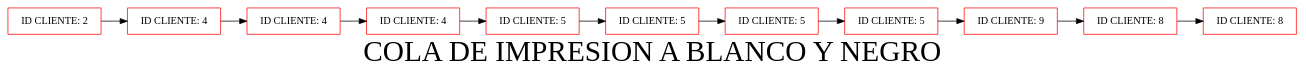
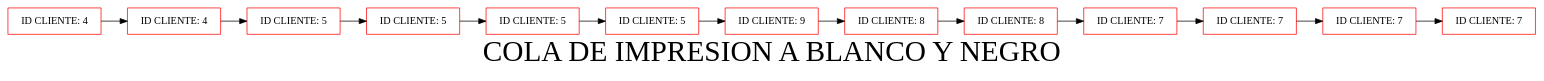
One commit to hugosmhd/EDD_UDRAWING_202002793 changed the diagram in colabw.dot. Above: the diagram before and after it, drawn with Graphviz. The commit also changed 17 other files, not shown here.

```diff
--- a/colabw.dot
+++ b/colabw.dot
@@ -1,27 +1,31 @@
 digraph G { 
 node[shape=box, color=red];
 label="COLA DE IMPRESION A BLANCO Y NEGRO";
 fontsize = 40;
-nodo1149319664[label=" ID CLIENTE: 2"]
-nodo2093631819[label=" ID CLIENTE: 4"]
-nodo2074407503[label=" ID CLIENTE: 4"]
-nodo999966131[label=" ID CLIENTE: 4"]
-nodo1989780873[label=" ID CLIENTE: 5"]
-nodo1480010240[label=" ID CLIENTE: 5"]
-nodo81628611[label=" ID CLIENTE: 5"]
-nodo1828972342[label=" ID CLIENTE: 5"]
-nodo1452126962[label=" ID CLIENTE: 9"]
-nodo931919113[label=" ID CLIENTE: 8"]
-nodo1607521710[label=" ID CLIENTE: 8"]
-nodo1149319664 -> nodo2093631819;
-nodo2093631819 -> nodo2074407503;
-nodo2074407503 -> nodo999966131;
-nodo999966131 -> nodo1989780873;
-nodo1989780873 -> nodo1480010240;
-nodo1480010240 -> nodo81628611;
-nodo81628611 -> nodo1828972342;
-nodo1828972342 -> nodo1452126962;
-nodo1452126962 -> nodo931919113;
-nodo931919113 -> nodo1607521710;
+nodo664223387[label=" ID CLIENTE: 4"]
+nodo824909230[label=" ID CLIENTE: 4"]
+nodo122883338[label=" ID CLIENTE: 5"]
+nodo666641942[label=" ID CLIENTE: 5"]
+nodo960604060[label=" ID CLIENTE: 5"]
+nodo1349393271[label=" ID CLIENTE: 5"]
+nodo1338668845[label=" ID CLIENTE: 9"]
+nodo159413332[label=" ID CLIENTE: 8"]
+nodo1028214719[label=" ID CLIENTE: 8"]
+nodo500977346[label=" ID CLIENTE: 7"]
+nodo20132171[label=" ID CLIENTE: 7"]
+nodo186370029[label=" ID CLIENTE: 7"]
+nodo2094548358[label=" ID CLIENTE: 7"]
+nodo664223387 -> nodo824909230;
+nodo824909230 -> nodo122883338;
+nodo122883338 -> nodo666641942;
+nodo666641942 -> nodo960604060;
+nodo960604060 -> nodo1349393271;
+nodo1349393271 -> nodo1338668845;
+nodo1338668845 -> nodo159413332;
+nodo159413332 -> nodo1028214719;
+nodo1028214719 -> nodo500977346;
+nodo500977346 -> nodo20132171;
+nodo20132171 -> nodo186370029;
+nodo186370029 -> nodo2094548358;
 rankdir=LR;
 } 
```
